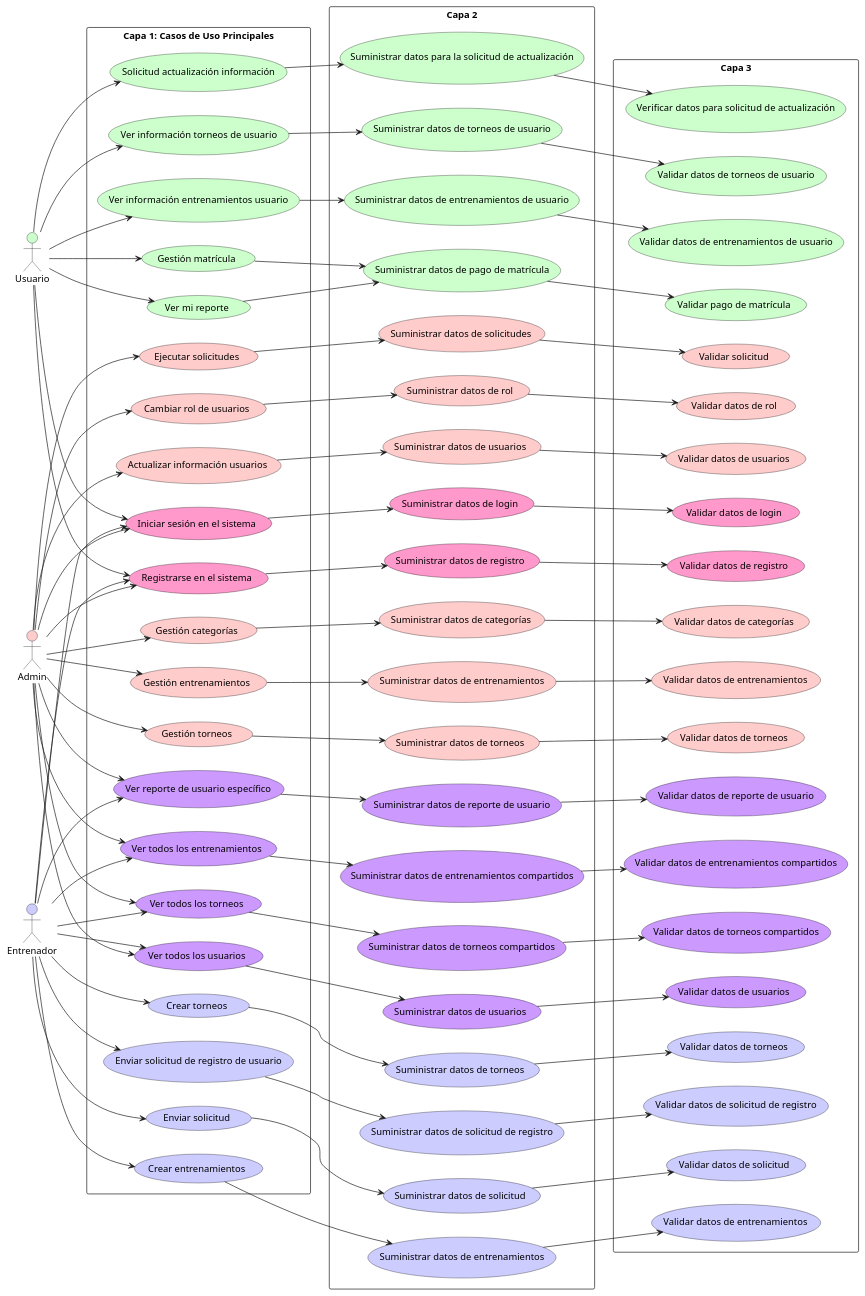
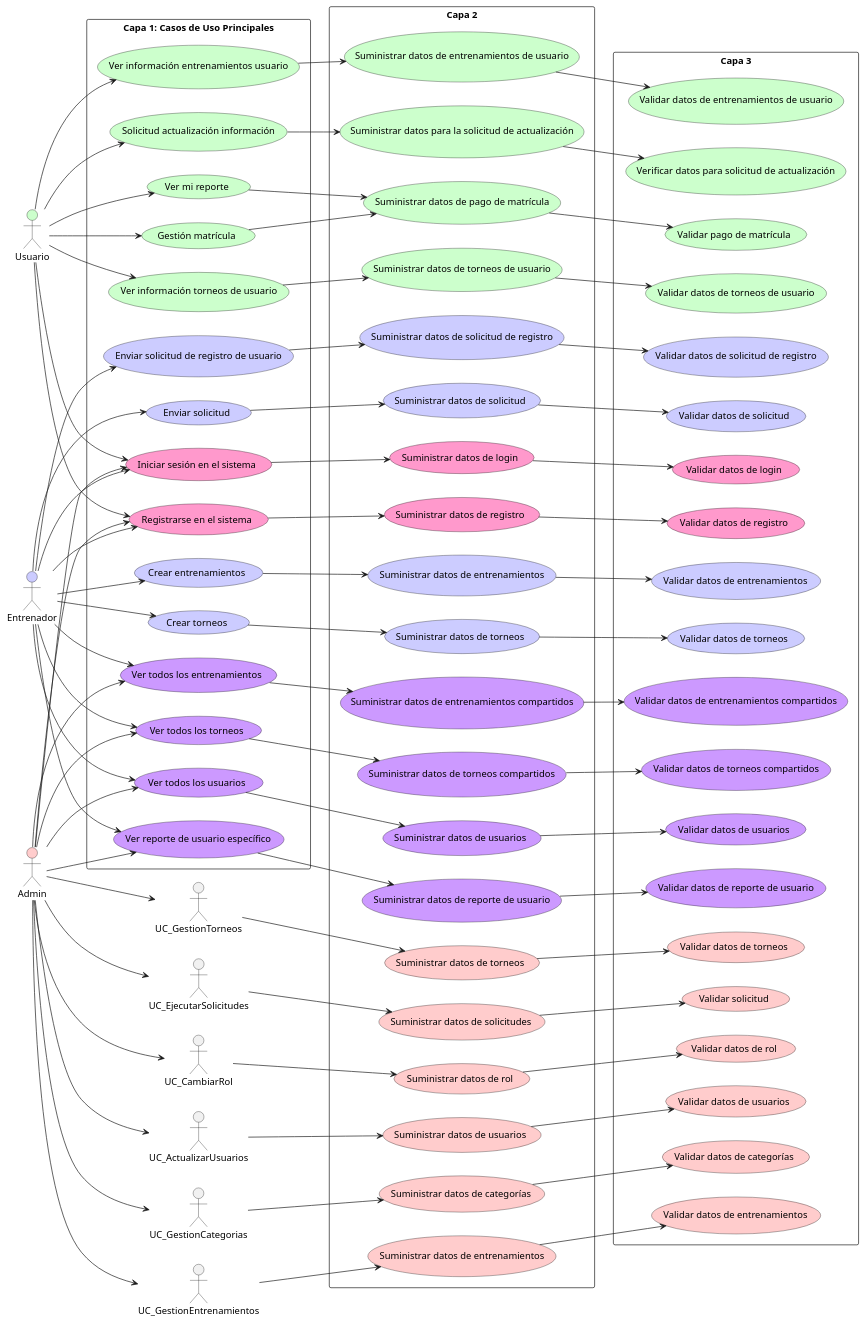
The diagram in use_cases.plantuml (EstebanForero/uml_diagrams), drawn with PlantUML before and after one commit. The commit also changed 2 other files, not shown here.

Commit message:
Diagramas de clases actualizados

```diff
--- a/use_cases.plantuml
+++ b/use_cases.plantuml
@@ -16,14 +16,6 @@
   usecase "Ver información torneos de usuario" as UC_VerInfoTorneosUsuario #CCFFCC
   usecase "Ver información entrenamientos usuario" as UC_VerInfoEntrenamientosUsuario #CCFFCC
   usecase "Solicitud actualización información" as UC_SolicitudActualizarInfo #CCFFCC
-
-  ' Admin-specific use cases (red)
-  usecase "Gestión torneos" as UC_GestionTorneos #FFCCCC
-  usecase "Ejecutar solicitudes" as UC_EjecutarSolicitudes #FFCCCC
-  usecase "Cambiar rol de usuarios" as UC_CambiarRol #FFCCCC
-  usecase "Actualizar información usuarios" as UC_ActualizarUsuarios #FFCCCC
-  usecase "Gestión categorías" as UC_GestionCategorias #FFCCCC
-  usecase "Gestión entrenamientos" as UC_GestionEntrenamientos #FFCCCC
 
   ' Entrenador-specific use cases (blue)
   usecase "Crear entrenamientos" as UC_CrearEntrenamientos #CCCCFF
```
